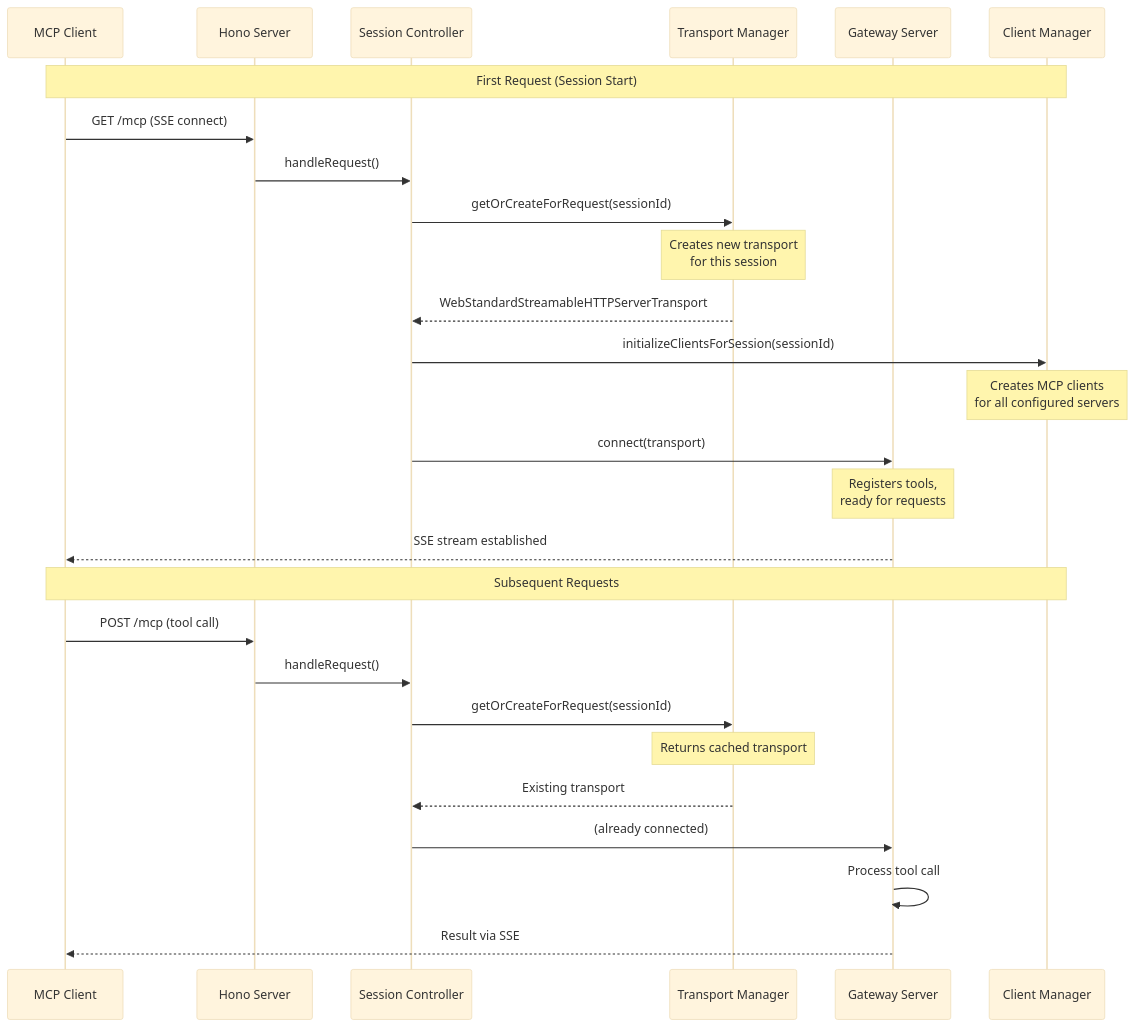
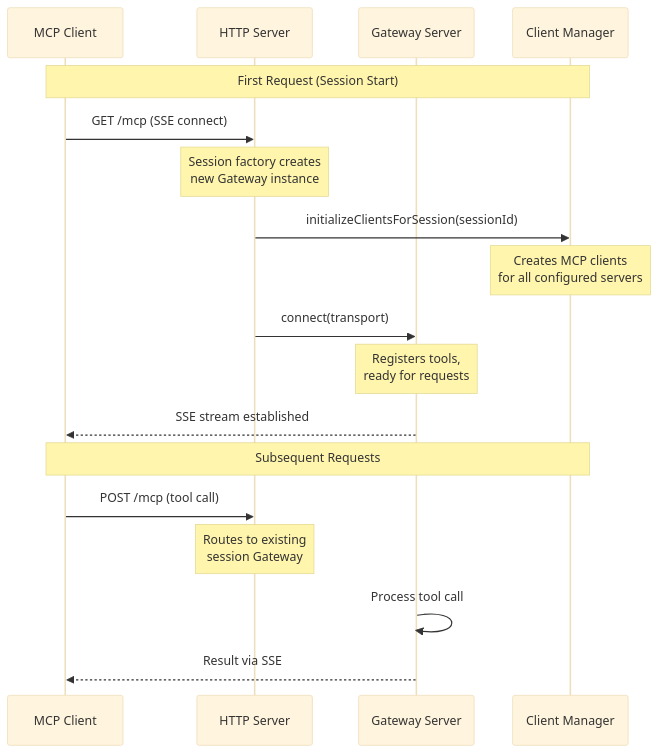
The second of 3 diagrams in docs/design/transport-modes.md (karashiiro/my-cool-proxy), drawn with Mermaid (base theme) before and after one commit. The commit also changed other lines of this file and 3 other files, not shown here.

````diff
--- a/docs/design/transport-modes.md
+++ b/docs/design/transport-modes.md
@@ -32,31 +32,22 @@
 ```mermaid
 sequenceDiagram
     participant Client as MCP Client
-    participant Hono as Hono Server
-    participant Session as Session Controller
-    participant Transport as Transport Manager
+    participant HTTP as HTTP Server
     participant Gateway as Gateway Server
     participant Clients as Client Manager
 
     Note over Client,Clients: First Request (Session Start)
-    Client->>Hono: GET /mcp (SSE connect)
-    Hono->>Session: handleRequest()
-    Session->>Transport: getOrCreateForRequest(sessionId)
-    Note over Transport: Creates new transport<br/>for this session
-    Transport-->>Session: WebStandardStreamableHTTPServerTransport
-    Session->>Clients: initializeClientsForSession(sessionId)
+    Client->>HTTP: GET /mcp (SSE connect)
+    Note over HTTP: Session factory creates<br/>new Gateway instance
+    HTTP->>Clients: initializeClientsForSession(sessionId)
     Note over Clients: Creates MCP clients<br/>for all configured servers
-    Session->>Gateway: connect(transport)
+    HTTP->>Gateway: connect(transport)
     Note over Gateway: Registers tools,<br/>ready for requests
     Gateway-->>Client: SSE stream established
 
     Note over Client,Clients: Subsequent Requests
-    Client->>Hono: POST /mcp (tool call)
-    Hono->>Session: handleRequest()
-    Session->>Transport: getOrCreateForRequest(sessionId)
-    Note over Transport: Returns cached transport
-    Transport-->>Session: Existing transport
-    Session->>Gateway: (already connected)
+    Client->>HTTP: POST /mcp (tool call)
+    Note over HTTP: Routes to existing<br/>session Gateway
     Gateway->>Gateway: Process tool call
     Gateway-->>Client: Result via SSE
 ```
````
